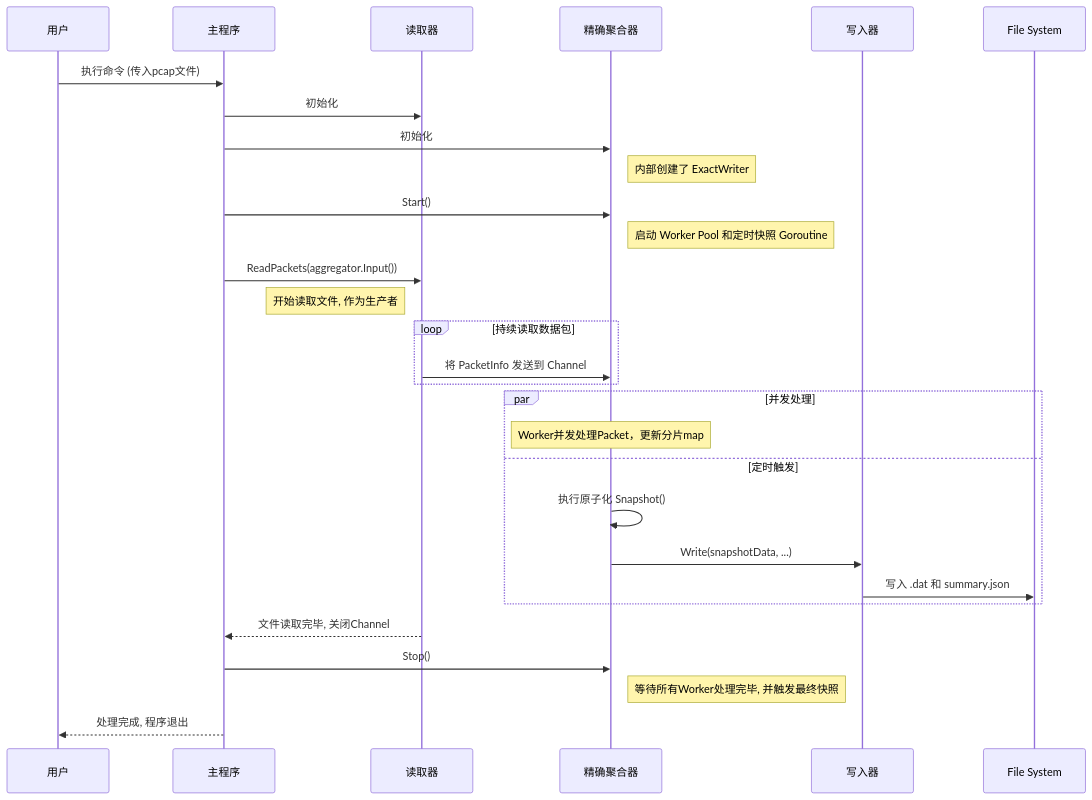
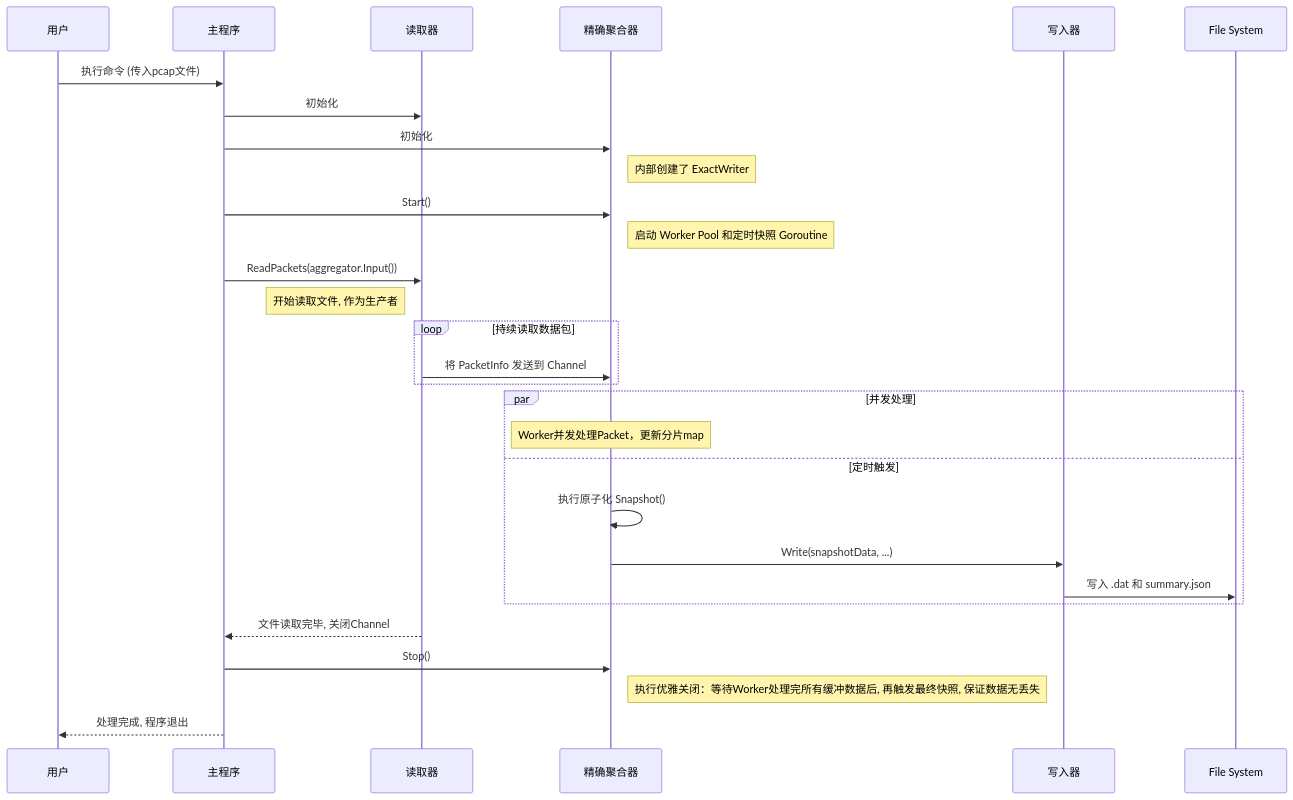
Before and after one commit to Decade-qiu/Go2NetSpectra: the diagram in doc/technology.md, drawn with Mermaid. The commit also changed other lines of this file and 1 other file, not shown here.

Commit message:
:memo: docs(architecture): enhance documentation on graceful shutdown

````diff
--- a/doc/technology.md
+++ b/doc/technology.md
@@ -43,36 +43,36 @@
 ```mermaid
 sequenceDiagram
     participant User as 用户
     participant pcap-analyzer as 主程序
     participant pcap.Reader as 读取器
     participant ExactAggregator as 精确聚合器
     participant ExactWriter as 写入器
 
     User->>pcap-analyzer: 执行命令 (传入pcap文件)
     pcap-analyzer->>pcap.Reader: 初始化
     pcap-analyzer->>ExactAggregator: 初始化
     note right of ExactAggregator: 内部创建了 ExactWriter
     
     pcap-analyzer->>ExactAggregator: Start()
     note right of ExactAggregator: 启动 Worker Pool 和定时快照 Goroutine
     
     pcap-analyzer->>pcap.Reader: ReadPackets(aggregator.Input())
     note left of pcap.Reader: 开始读取文件, 作为生产者
     
     loop 持续读取数据包
         pcap.Reader->>ExactAggregator: 将 PacketInfo 发送到 Channel
     end
     
     par 并发处理
         Note over ExactAggregator: Worker并发处理Packet，更新分片map
     and 定时触发
         ExactAggregator->>ExactAggregator: 执行原子化 Snapshot()
         ExactAggregator->>ExactWriter: Write(snapshotData, ...)
         ExactWriter->>File System: 写入 .dat 和 summary.json
     end
 
     pcap.Reader-->>pcap-analyzer: 文件读取完毕, 关闭Channel
     pcap-analyzer->>ExactAggregator: Stop()
-    note right of ExactAggregator: 等待所有Worker处理完毕, 并触发最终快照
+    note right of ExactAggregator: 执行优雅关闭：等待Worker处理完所有缓冲数据后, 再触发最终快照, 保证数据无丢失
     pcap-analyzer-->>User: 处理完成, 程序退出
 ```
````
